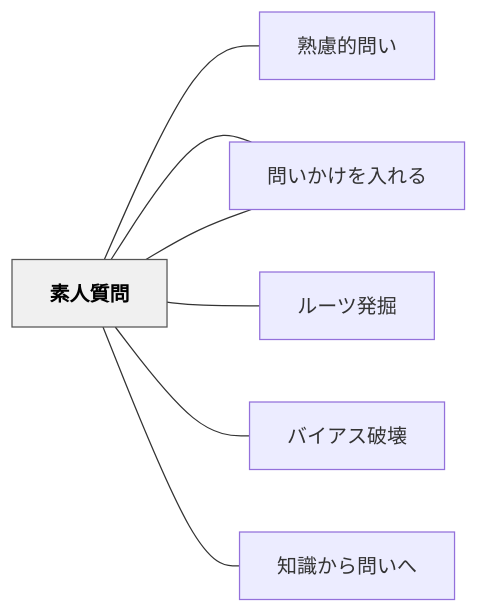
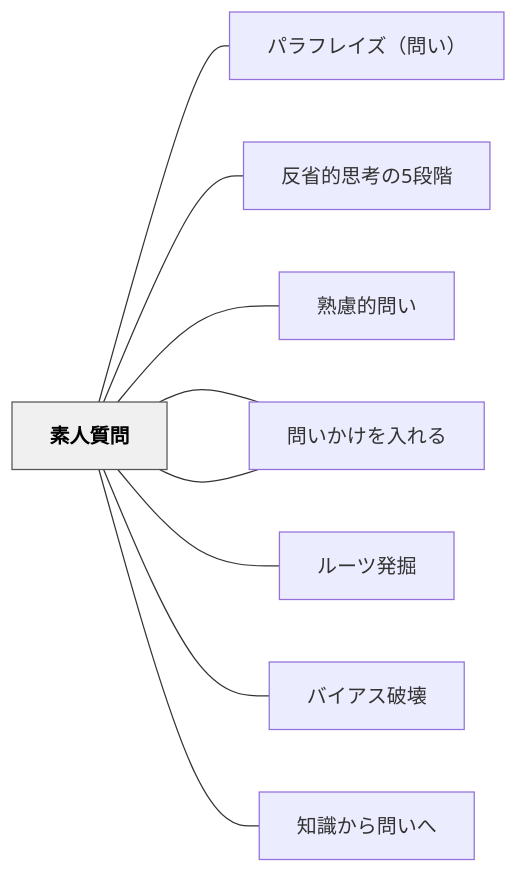
The diagram in content/パタン/素人質問.md (unknownthings-ed-patterns/unknownthings-ed-patterns), drawn with Mermaid before and after one commit. The commit also changed other lines of this file and 473 other files, not shown here.

````diff
--- a/content/パタン/素人質問.md
+++ b/content/パタン/素人質問.md
@@ -68,20 +70,24 @@
 ```mermaid
 flowchart LR
     ne7b4a0e4baba["素人質問"]
+    ne38391e383a9["パラフレイズ（問い）"]
+    ne58f8de79c81["反省的思考の5段階"]
     ne7869fe685ae["熟慮的問い"]
     ne5958fe38184["問いかけの見立て"]
     ne5958fe38184["問いかけを入れる"]
     ne383abe383bc["ルーツ発掘"]
     ne38390e382a4["バイアス破壊"]
     ne79fa5e8ad98["知識から問いへ"]
 
+    ne7b4a0e4baba --- ne38391e383a9
+    ne7b4a0e4baba --- ne58f8de79c81
     ne7b4a0e4baba --- ne7869fe685ae
     ne7b4a0e4baba --- ne5958fe38184
     ne7b4a0e4baba --- ne5958fe38184
     ne7b4a0e4baba --- ne383abe383bc
     ne7b4a0e4baba --- ne38390e382a4
     ne7b4a0e4baba --- ne79fa5e8ad98
 
     classDef hub fill:#f0f0f0,stroke:#555,color:#000,font-weight:bold
     class ne7b4a0e4baba hub
 ```
````
